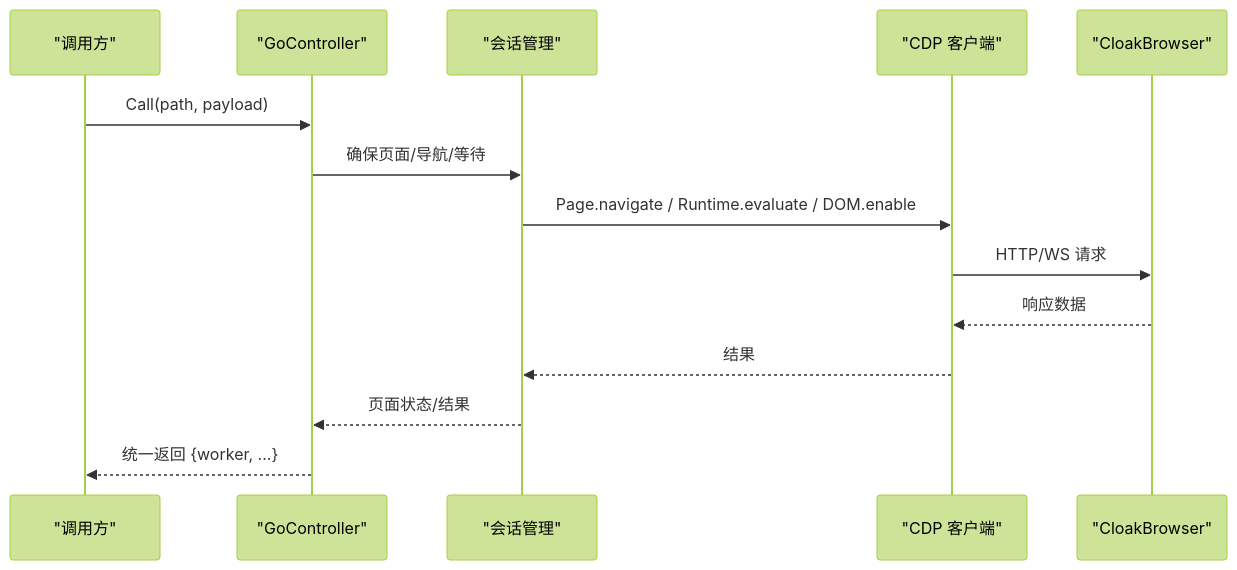
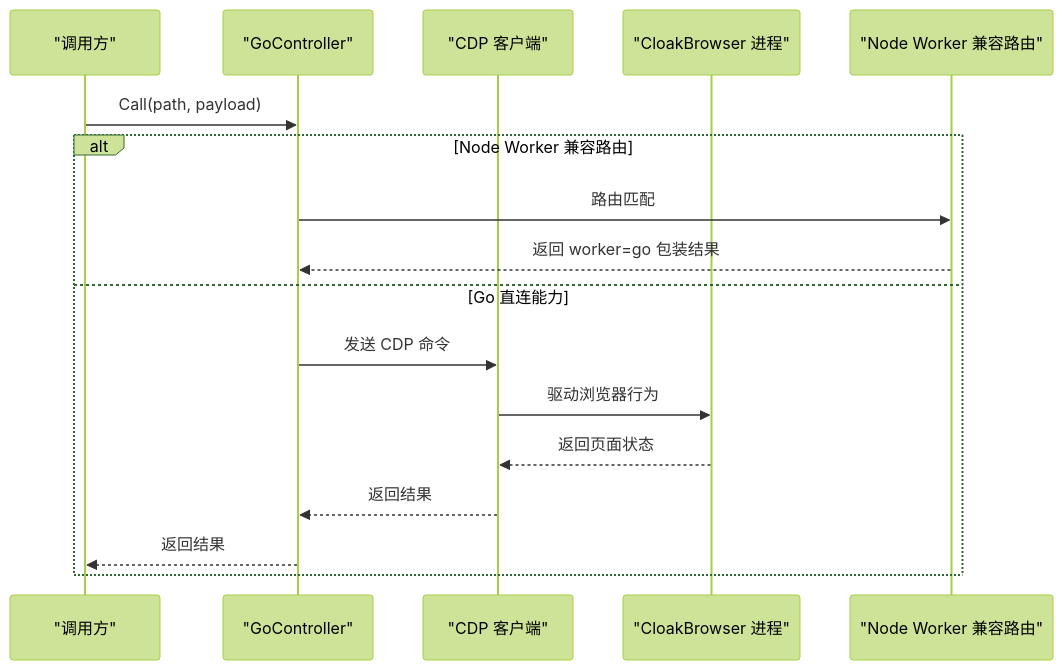
Before and after one commit to alvinwangzi/goodhr: the second of 11 diagrams in .qoder/repowiki/zh/content/本地执行器/浏览器自动化/浏览器控制器/浏览器控制器.md, drawn with Mermaid (forest theme). The commit also changed other lines of this file and 149 other files, not shown here.

````diff
--- a/.qoder/repowiki/zh/content/本地执行器/浏览器自动化/浏览器控制器/浏览器控制器.md
+++ b/.qoder/repowiki/zh/content/本地执行器/浏览器自动化/浏览器控制器/浏览器控制器.md
@@ -105,16 +92,19 @@
 ```mermaid
 sequenceDiagram
 participant Caller as "调用方"
-participant GC as "GoController"
-participant GS as "会话管理"
+participant Controller as "GoController"
 participant CDP as "CDP 客户端"
-participant WB as "CloakBrowser"
-Caller->>GC : Call(path, payload)
-GC->>GS : 确保页面/导航/等待
-GS->>CDP : Page.navigate / Runtime.evaluate / DOM.enable
-CDP->>WB : HTTP/WS 请求
-WB-->>CDP : 响应数据
-CDP-->>GS : 结果
-GS-->>GC : 页面状态/结果
-GC-->>Caller : 统一返回 {worker, ...}
+participant Browser as "CloakBrowser 进程"
+participant Worker as "Node Worker 兼容路由"
+Caller->>Controller : Call(path, payload)
+alt Node Worker 兼容路由
+Controller->>Worker : 路由匹配
+Worker-->>Controller : 返回 worker=go 包装结果
+else Go 直连能力
+Controller->>CDP : 发送 CDP 命令
+CDP->>Browser : 驱动浏览器行为
+Browser-->>CDP : 返回页面状态
+CDP-->>Controller : 返回结果
+Controller-->>Caller : 返回结果
+end
 ```
````
